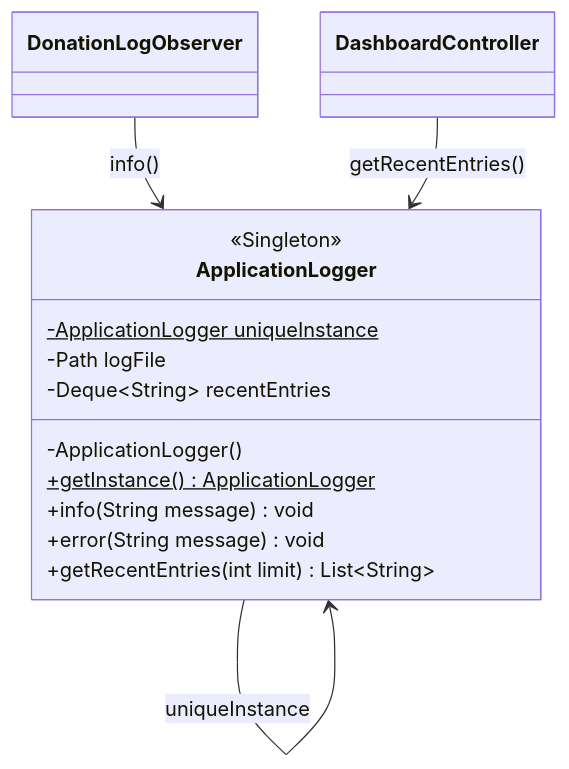
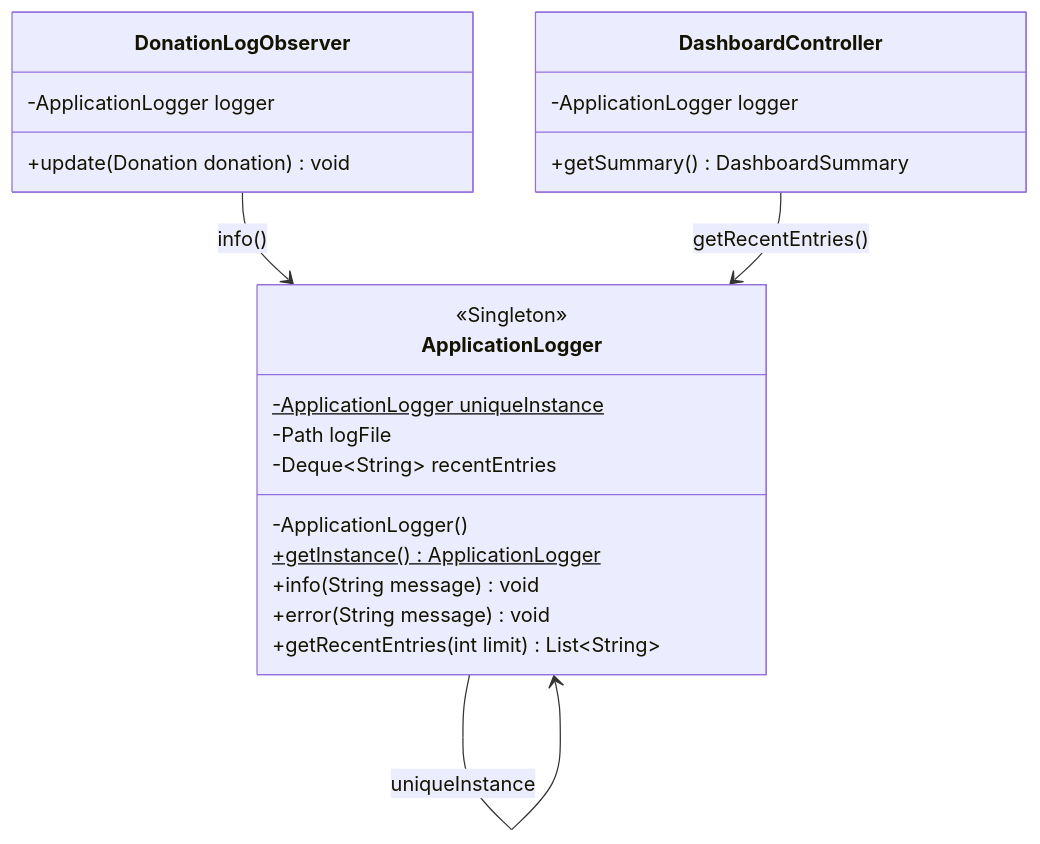
One commit to Abdallah1707/Ripple changed the sixth of 7 diagrams in docs/class-diagram.md. Above: the diagram before and after it, drawn with Mermaid. The commit also changed other lines of this file and 21 other files, not shown here.

````diff
--- a/docs/class-diagram.md
+++ b/docs/class-diagram.md
@@ -1209,19 +1251,25 @@
 ```mermaid
 classDiagram
 class ApplicationLogger {
     <<Singleton>>
     -ApplicationLogger uniqueInstance$
     -Path logFile
     -Deque~String~ recentEntries
     -ApplicationLogger()
     +getInstance()$ ApplicationLogger
     +info(String message) void
     +error(String message) void
     +getRecentEntries(int limit) List~String~
 }
-class DonationLogObserver
-class DashboardController
+class DonationLogObserver {
+    -ApplicationLogger logger
+    +update(Donation donation) void
+}
+class DashboardController {
+    -ApplicationLogger logger
+    +getSummary() DashboardSummary
+}
 ApplicationLogger --> ApplicationLogger : uniqueInstance
 DonationLogObserver --> ApplicationLogger : info()
 DashboardController --> ApplicationLogger : getRecentEntries()
 ```
````
